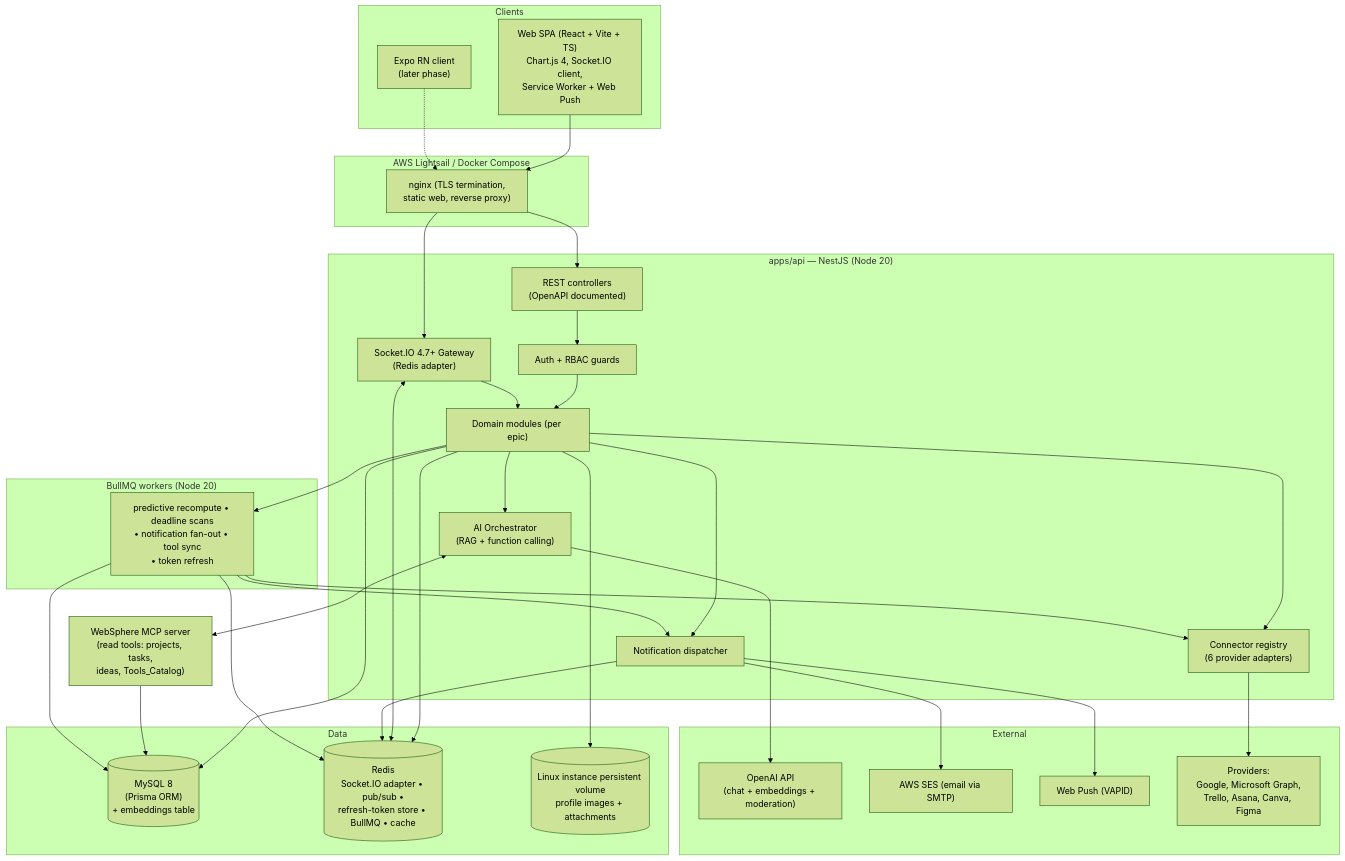
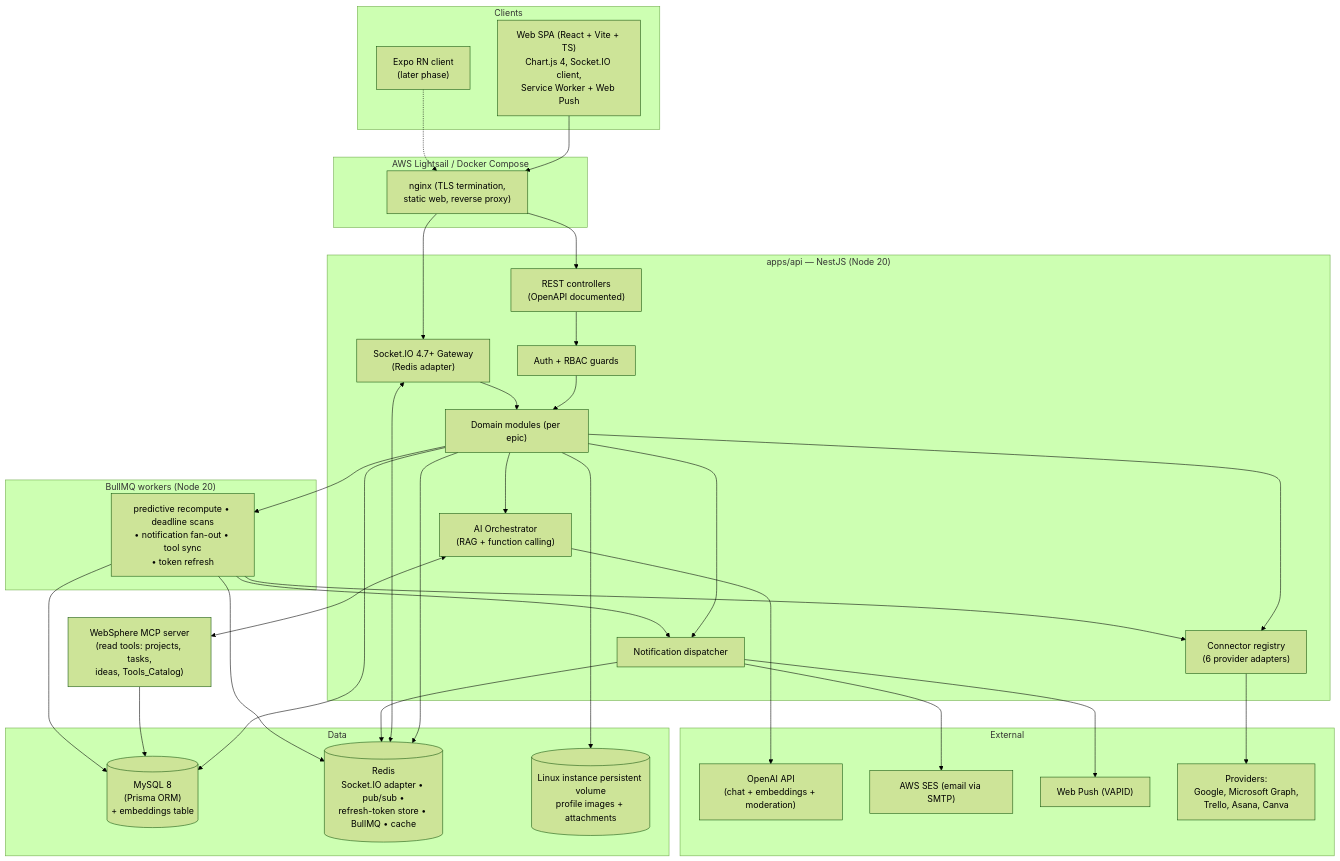
One commit to elsaversailles/websphere-desktop changed the second of 5 diagrams in design.md. Above: the diagram before and after it, drawn with Mermaid (forest theme). The commit also changed other lines of this file and 16 other files, not shown here.

````diff
--- a/design.md
+++ b/design.md
@@ -50,65 +50,65 @@
 ```mermaid
 flowchart TB
   subgraph Clients
     SPA["Web SPA (React + Vite + TS)\nChart.js 4, Socket.IO client,\nService Worker + Web Push"]
     EXPO["Expo RN client\n(later phase)"]
   end
 
   subgraph Edge["AWS Lightsail / Docker Compose"]
     NGINX["nginx (TLS termination,\nstatic web, reverse proxy)"]
   end
 
   subgraph API["apps/api — NestJS (Node 20)"]
     REST["REST controllers\n(OpenAPI documented)"]
     WS["Socket.IO 4.7+ Gateway\n(Redis adapter)"]
     GUARDS["Auth + RBAC guards"]
     SVC["Domain modules (per epic)"]
     ORCH["AI Orchestrator\n(RAG + function calling)"]
     NOTIF["Notification dispatcher"]
     CONN["Connector registry\n(6 provider adapters)"]
   end
 
   subgraph Workers["BullMQ workers (Node 20)"]
     JOBS["predictive recompute • deadline scans\n• notification fan-out • tool sync\n• token refresh"]
   end
 
   MCP["WebSphere MCP server\n(read tools: projects, tasks,\nideas, Tools_Catalog)"]
 
   subgraph Data
     MYSQL[("MySQL 8\n(Prisma ORM)\n+ embeddings table")]
     REDIS[("Redis\nSocket.IO adapter • pub/sub •\nrefresh-token store • BullMQ • cache")]
     FS[("Linux instance persistent volume\nprofile images + attachments")]
   end
 
   subgraph External
     OPENAI["OpenAI API\n(chat + embeddings + moderation)"]
     SES["AWS SES (email via SMTP)"]
     PUSH["Web Push (VAPID)"]
-    PROV["Providers:\nGoogle, Microsoft Graph,\nTrello, Asana, Canva, Figma"]
+    PROV["Providers:\nGoogle, Microsoft Graph,\nTrello, Asana, Canva"]
   end
 
   SPA --> NGINX
   EXPO -.-> NGINX
   NGINX --> REST
   NGINX --> WS
   REST --> GUARDS --> SVC
   WS --> SVC
   SVC --> MYSQL
   SVC --> REDIS
   WS <--> REDIS
   SVC --> FS
   SVC --> ORCH
   ORCH --> OPENAI
   ORCH <--> MCP
   MCP --> MYSQL
   SVC --> NOTIF
   NOTIF --> REDIS
   NOTIF --> SES
   NOTIF --> PUSH
   SVC --> CONN --> PROV
   SVC --> JOBS
   JOBS --> REDIS
   JOBS --> MYSQL
   JOBS --> NOTIF
   JOBS --> CONN
 ```
````
